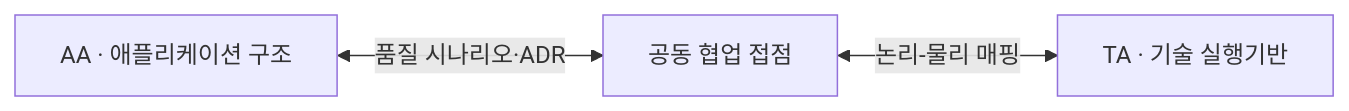
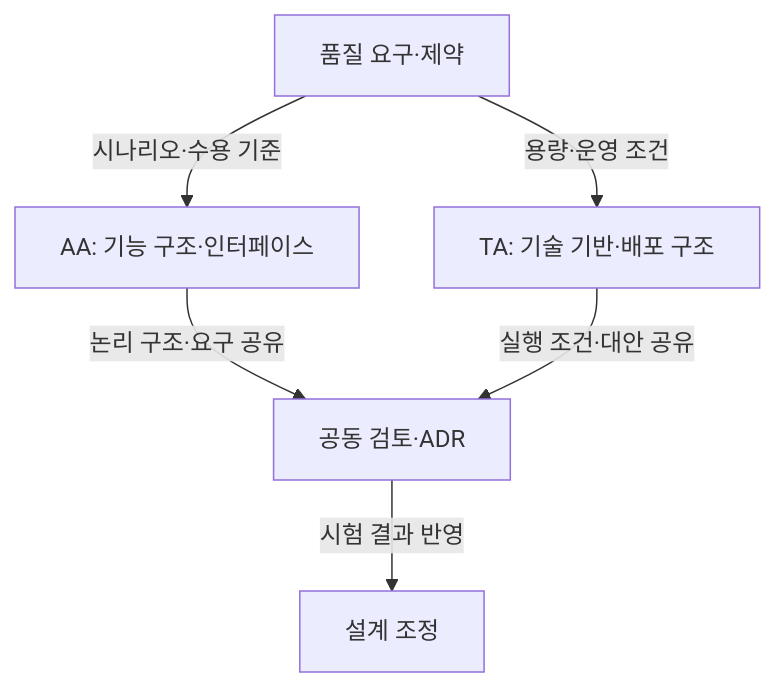
Before and after one commit to agnusdei1207/study: the first of 2 diagrams in src/content/docs/notes/itpe/02-software-engineering/055_ta_vs_aa.md, drawn with Mermaid. The commit also changed other lines of this file and 31 other files, not shown here.

Commit message:
docs(itpe): correct software engineering architecture and test notes

````diff
--- a/src/content/docs/notes/itpe/02-software-engineering/055_ta_vs_aa.md
+++ b/src/content/docs/notes/itpe/02-software-engineering/055_ta_vs_aa.md
@@ -38,5 +63,8 @@
 ```mermaid
-flowchart LR
-    AA["AA · 애플리케이션 구조"] <-->|"품질 시나리오·ADR"| JV["공동 협업 접점"]
-    JV <-->|"논리-물리 매핑"| TA["TA · 기술 실행기반"]
+flowchart TD
+    A["품질 요구·제약"] -->|"시나리오·수용 기준"| B["AA: 기능 구조·인터페이스"]
+    A -->|"용량·운영 조건"| C["TA: 기술 기반·배포 구조"]
+    B -->|"논리 구조·요구 공유"| D["공동 검토·ADR"]
+    C -->|"실행 조건·대안 공유"| D
+    D -->|"시험 결과 반영"| E["설계 조정"]
 ```
````
